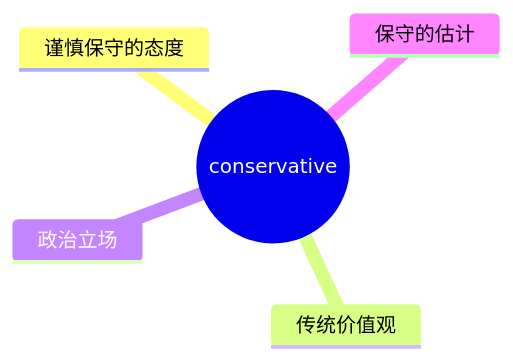
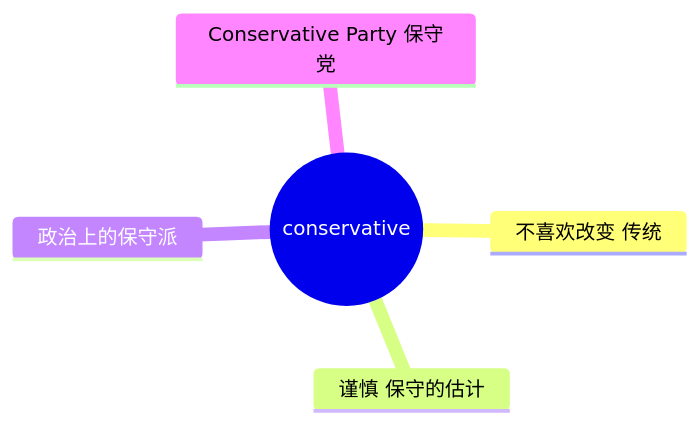
Before and after one commit to seki999/DialogueFlow: the second of 5 diagrams in slides_backup/托业单词/20260630/06.md, drawn with Mermaid. The commit also changed other lines of this file and 28 other files, not shown here.

````diff
--- a/slides_backup/托业单词/20260630/06.md
+++ b/slides_backup/托业单词/20260630/06.md
@@ -33,8 +35,8 @@
 ```mermaid
 mindmap
   root((conservative))
-    谨慎保守的态度
-    传统价值观
-    政治立场
-    保守的估计
+    不喜欢改变 传统
+    谨慎 保守的估计
+    政治上的保守派
+    Conservative Party 保守党
 ```
````
